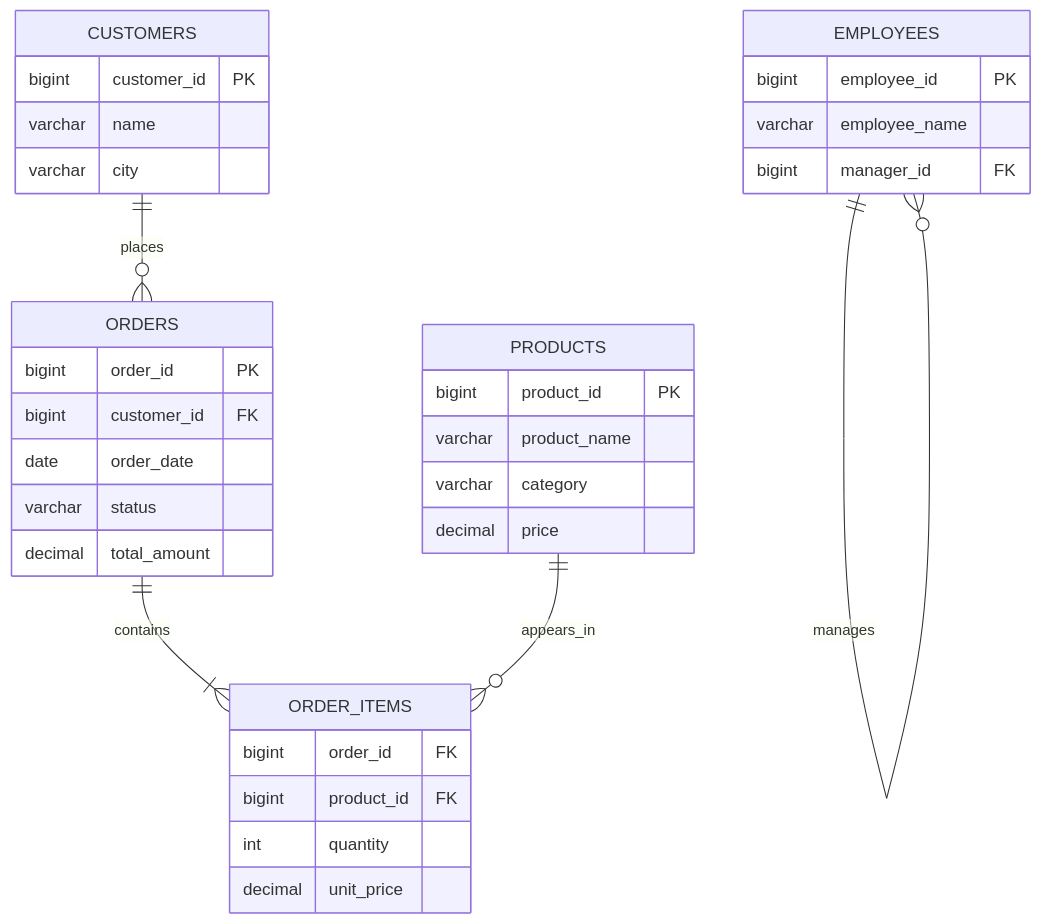
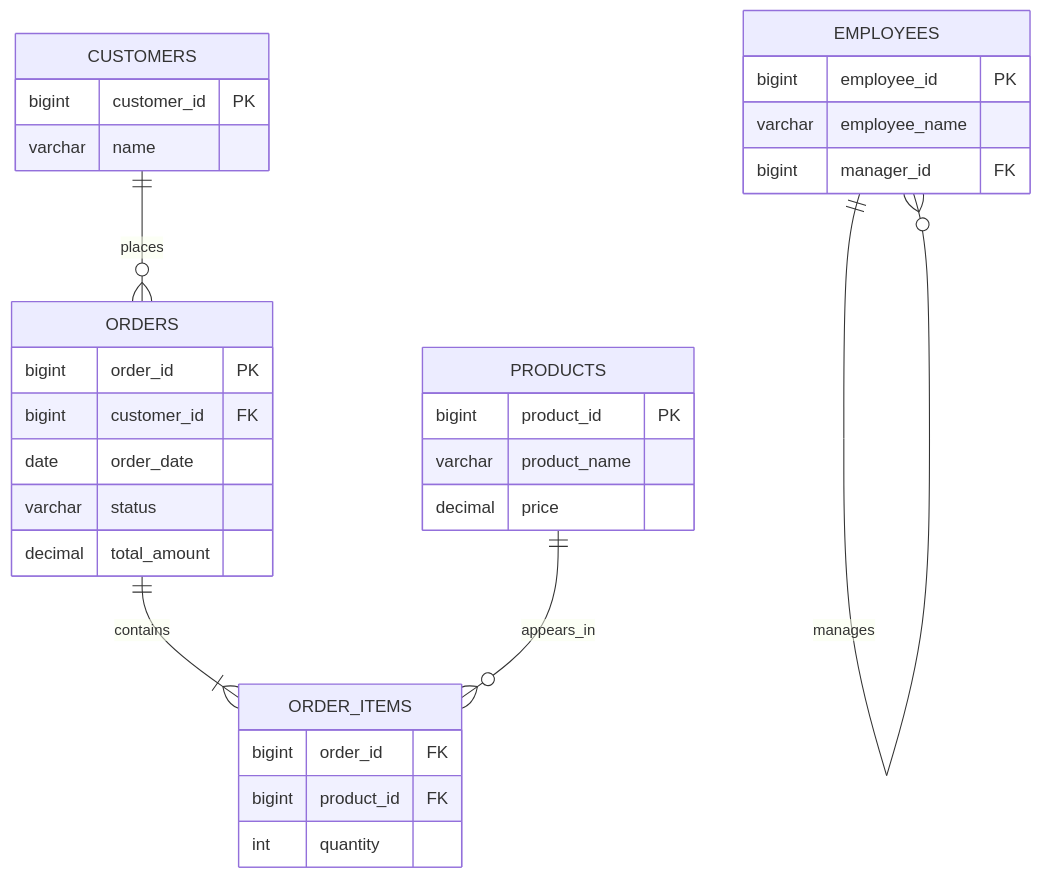
One commit to AvadhBhalodiya/Interview-Preparation changed the second of 7 diagrams in src/content/databases/joins-subqueries-ctes.md. Above: the diagram before and after it, drawn with Mermaid. The commit also changed other lines of this file and 80 other files, not shown here.

````diff
--- a/src/content/databases/joins-subqueries-ctes.md
+++ b/src/content/databases/joins-subqueries-ctes.md
@@ -78,41 +70,38 @@
 ```mermaid
 erDiagram
     CUSTOMERS ||--o{ ORDERS : places
     ORDERS ||--|{ ORDER_ITEMS : contains
     PRODUCTS ||--o{ ORDER_ITEMS : appears_in
     EMPLOYEES ||--o{ EMPLOYEES : manages
 
     CUSTOMERS {
         bigint customer_id PK
         varchar name
-        varchar city
     }
 
     ORDERS {
         bigint order_id PK
         bigint customer_id FK
         date order_date
         varchar status
         decimal total_amount
     }
 
     ORDER_ITEMS {
         bigint order_id FK
         bigint product_id FK
         int quantity
-        decimal unit_price
     }
 
     PRODUCTS {
         bigint product_id PK
         varchar product_name
-        varchar category
         decimal price
     }
 
     EMPLOYEES {
         bigint employee_id PK
         varchar employee_name
         bigint manager_id FK
     }
 ```
````
